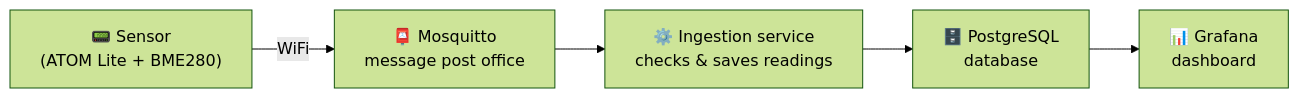
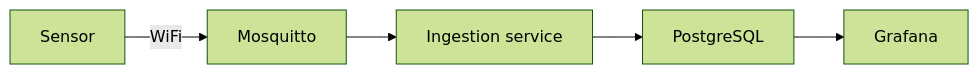
One commit to joelfrens/home-automation changed the diagram in README.md. Above: the diagram before and after it, drawn with Mermaid (forest theme).

Commit message:
updated readme file

````diff
--- a/README.md
+++ b/README.md
@@ -20,7 +20,7 @@
 ```mermaid
 flowchart LR
-    A["📟 Sensor<br/>(ATOM Lite + BME280)"] -- WiFi --> B["📮 Mosquitto<br/>message post office"]
-    B --> C["⚙️ Ingestion service<br/>checks & saves readings"]
-    C --> D["🗄️ PostgreSQL<br/>database"]
-    D --> E["📊 Grafana<br/>dashboard"]
+    A[Sensor] -->|WiFi| B[Mosquitto]
+    B --> C[Ingestion service]
+    C --> D[PostgreSQL]
+    D --> E[Grafana]
 ```
````
